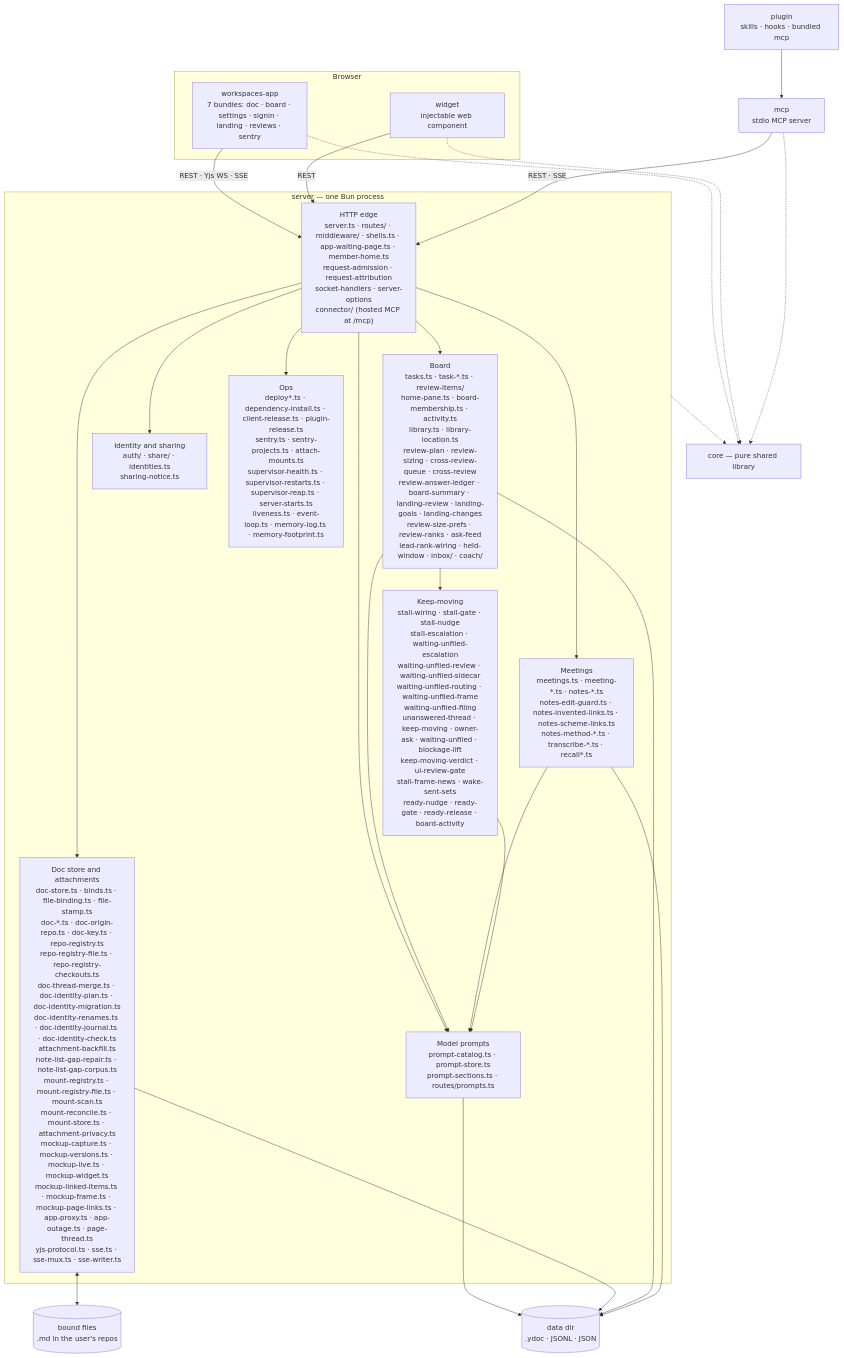
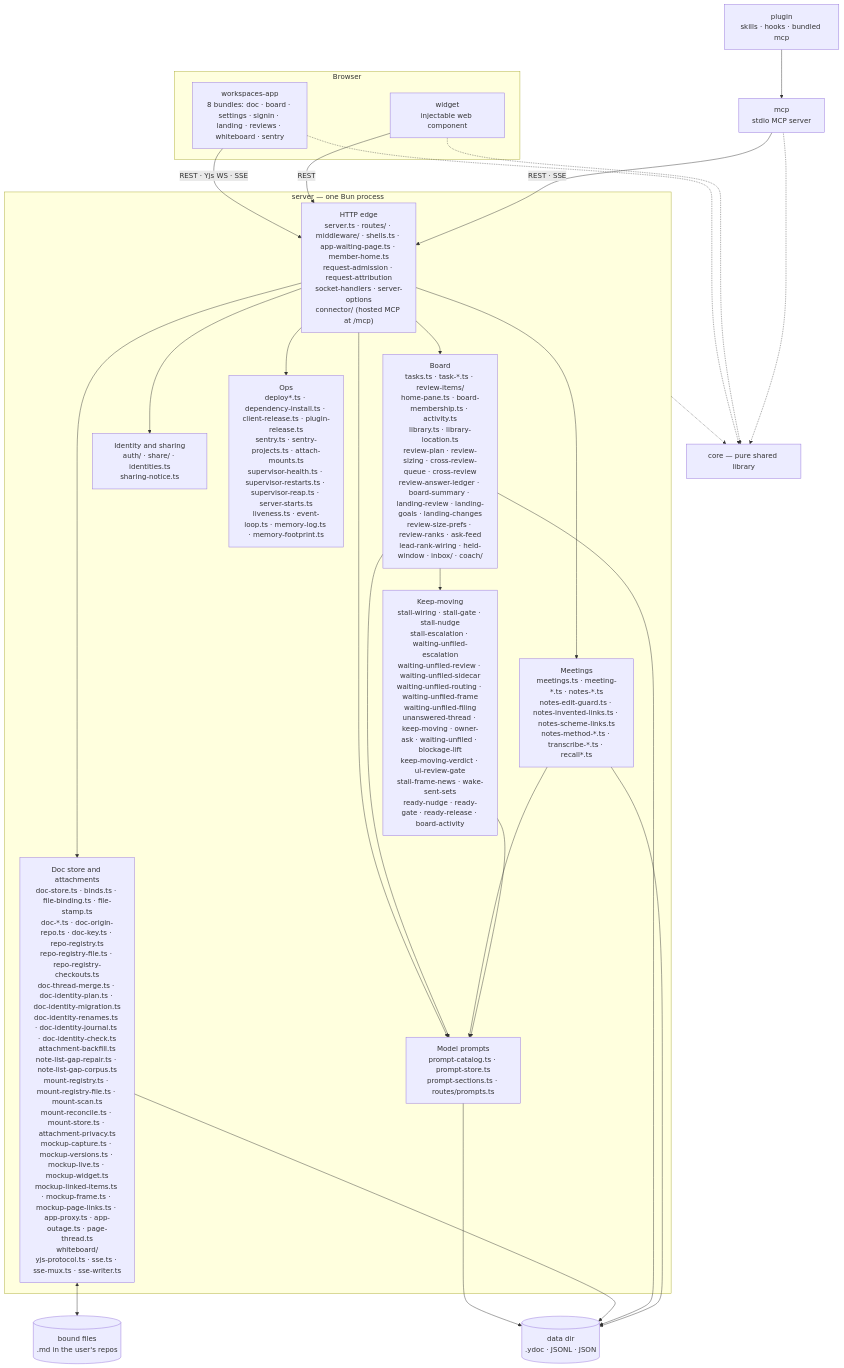
The first of 2 diagrams in docs/architecture/overview.md (fryanpan/claude-workspaces-plugin), drawn with Mermaid before and after one commit. The commit also changed other lines of this file and 33 other files, not shown here.

````diff
--- a/docs/architecture/overview.md
+++ b/docs/architecture/overview.md
@@ -45,35 +45,35 @@
 ```mermaid
 flowchart TB
   subgraph browser[Browser]
-    app["workspaces-app<br/>7 bundles: doc · board · settings · signin · landing · reviews · sentry"]
+    app["workspaces-app<br/>8 bundles: doc · board · settings · signin · landing · reviews · whiteboard · sentry"]
     wid["widget<br/>injectable web component"]
   end
   plug["plugin<br/>skills · hooks · bundled mcp"]
   mcp["mcp<br/>stdio MCP server"]
   subgraph srv["server — one Bun process"]
     edge["HTTP edge<br/>server.ts · routes/ · middleware/ · shells.ts · app-waiting-page.ts · member-home.ts<br/>request-admission · request-attribution<br/>socket-handlers · server-options<br/>connector/ (hosted MCP at /mcp)"]
-    docs["Doc store and attachments<br/>doc-store.ts · binds.ts · file-binding.ts · file-stamp.ts<br/>doc-*.ts · doc-origin-repo.ts · doc-key.ts · repo-registry.ts<br/>repo-registry-file.ts · repo-registry-checkouts.ts<br/>doc-thread-merge.ts · doc-identity-plan.ts · doc-identity-migration.ts<br/>doc-identity-renames.ts · doc-identity-journal.ts · doc-identity-check.ts<br/>attachment-backfill.ts<br/>note-list-gap-repair.ts · note-list-gap-corpus.ts<br/>mount-registry.ts · mount-registry-file.ts · mount-scan.ts<br/>mount-reconcile.ts · mount-store.ts · attachment-privacy.ts<br/>mockup-capture.ts · mockup-versions.ts · mockup-live.ts · mockup-widget.ts<br/>mockup-linked-items.ts · mockup-frame.ts · mockup-page-links.ts · app-proxy.ts · app-outage.ts · page-thread.ts<br/>yjs-protocol.ts · sse.ts · sse-mux.ts · sse-writer.ts"]
+    docs["Doc store and attachments<br/>doc-store.ts · binds.ts · file-binding.ts · file-stamp.ts<br/>doc-*.ts · doc-origin-repo.ts · doc-key.ts · repo-registry.ts<br/>repo-registry-file.ts · repo-registry-checkouts.ts<br/>doc-thread-merge.ts · doc-identity-plan.ts · doc-identity-migration.ts<br/>doc-identity-renames.ts · doc-identity-journal.ts · doc-identity-check.ts<br/>attachment-backfill.ts<br/>note-list-gap-repair.ts · note-list-gap-corpus.ts<br/>mount-registry.ts · mount-registry-file.ts · mount-scan.ts<br/>mount-reconcile.ts · mount-store.ts · attachment-privacy.ts<br/>mockup-capture.ts · mockup-versions.ts · mockup-live.ts · mockup-widget.ts<br/>mockup-linked-items.ts · mockup-frame.ts · mockup-page-links.ts · app-proxy.ts · app-outage.ts · page-thread.ts<br/>whiteboard/<br/>yjs-protocol.ts · sse.ts · sse-mux.ts · sse-writer.ts"]
     board["Board<br/>tasks.ts · task-*.ts · review-items/<br/>home-pane.ts · board-membership.ts · activity.ts<br/>library.ts · library-location.ts<br/>review-plan · review-sizing · cross-review-queue · cross-review<br/>review-answer-ledger · board-summary · landing-review · landing-goals · landing-changes<br/>review-size-prefs · review-ranks · ask-feed<br/>lead-rank-wiring · held-window · inbox/ · coach/"]
     meet["Meetings<br/>meetings.ts · meeting-*.ts · notes-*.ts<br/>notes-edit-guard.ts · notes-invented-links.ts · notes-scheme-links.ts<br/>notes-method-*.ts · transcribe-*.ts · recall*.ts"]
     keep["Keep-moving<br/>stall-wiring · stall-gate · stall-nudge<br/>stall-escalation · waiting-unfiled-escalation<br/>waiting-unfiled-review · waiting-unfiled-sidecar<br/>waiting-unfiled-routing · waiting-unfiled-frame<br/>waiting-unfiled-filing<br/>unanswered-thread · keep-moving · owner-ask · waiting-unfiled · blockage-lift<br/>keep-moving-verdict · ui-review-gate<br/>stall-frame-news · wake-sent-sets<br/>ready-nudge · ready-gate · ready-release · board-activity"]
     ident["Identity and sharing<br/>auth/ · share/ · identities.ts<br/>sharing-notice.ts"]
     prompts["Model prompts<br/>prompt-catalog.ts · prompt-store.ts<br/>prompt-sections.ts · routes/prompts.ts"]
     ops["Ops<br/>deploy*.ts · dependency-install.ts · client-release.ts · plugin-release.ts<br/>sentry.ts · sentry-projects.ts · attach-mounts.ts<br/>supervisor-health.ts · supervisor-restarts.ts · supervisor-reap.ts · server-starts.ts<br/>liveness.ts · event-loop.ts · memory-log.ts · memory-footprint.ts"]
   end
   core["core — pure shared library"]
   disk[("data dir<br/>.ydoc · JSONL · JSON")]
   files[("bound files<br/>.md in the user's repos")]
 
   app -->|"REST · Yjs WS · SSE"| edge
   wid -->|REST| edge
   plug --> mcp
   mcp -->|"REST · SSE"| edge
   edge --> docs & board & meet & ident & ops & prompts
   board & meet & keep --> prompts
   prompts --> disk
   board --> keep
   docs <--> files
   docs & board & meet --> disk
   app & wid & mcp -.-> core
   srv -.-> core
 ```
````
